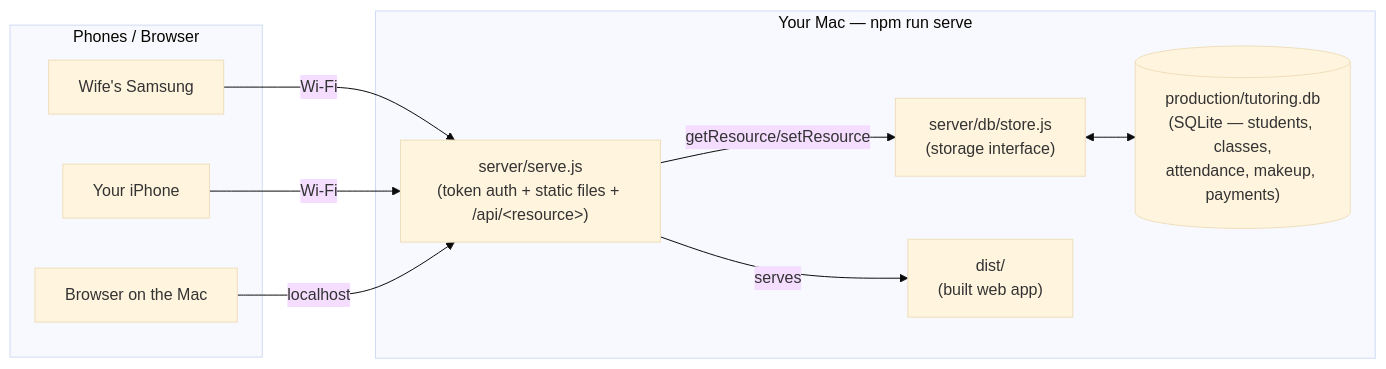
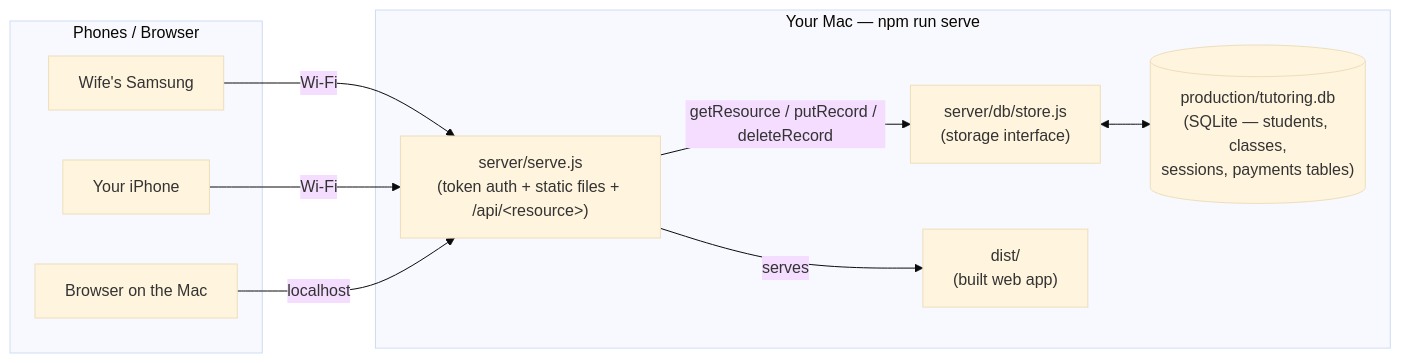
The first of 3 diagrams in DESIGN.md (daljeetss/Student_Inventory), drawn with Mermaid (base theme) before and after one commit. The commit also changed other lines of this file and 13 other files, not shown here.

````diff
--- a/DESIGN.md
+++ b/DESIGN.md
@@ -11,22 +11,22 @@
 ```mermaid
 flowchart LR
     subgraph Phones["Phones / Browser"]
         A[Wife's Samsung]
         B[Your iPhone]
         C[Browser on the Mac]
     end
 
     subgraph Mac["Your Mac — npm run serve"]
         S["server/serve.js<br/>(token auth + static files + /api/&lt;resource&gt;)"]
         ST["server/db/store.js<br/>(storage interface)"]
-        D[("production/tutoring.db<br/>(SQLite — students, classes,<br/>attendance, makeup, payments)")]
+        D[("production/tutoring.db<br/>(SQLite — students, classes,<br/>sessions, payments tables)")]
         W["dist/<br/>(built web app)"]
     end
 
     A -- Wi-Fi --> S
     B -- Wi-Fi --> S
     C -- localhost --> S
     S -- serves --> W
-    S -->|getResource/setResource| ST
+    S -->|getResource / putRecord / deleteRecord| ST
     ST <--> D
 ```
````
